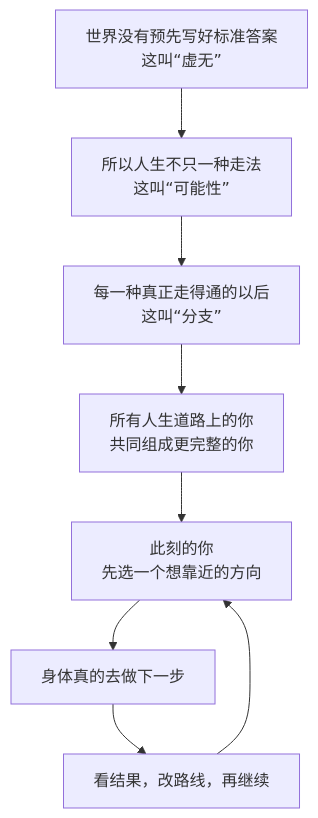
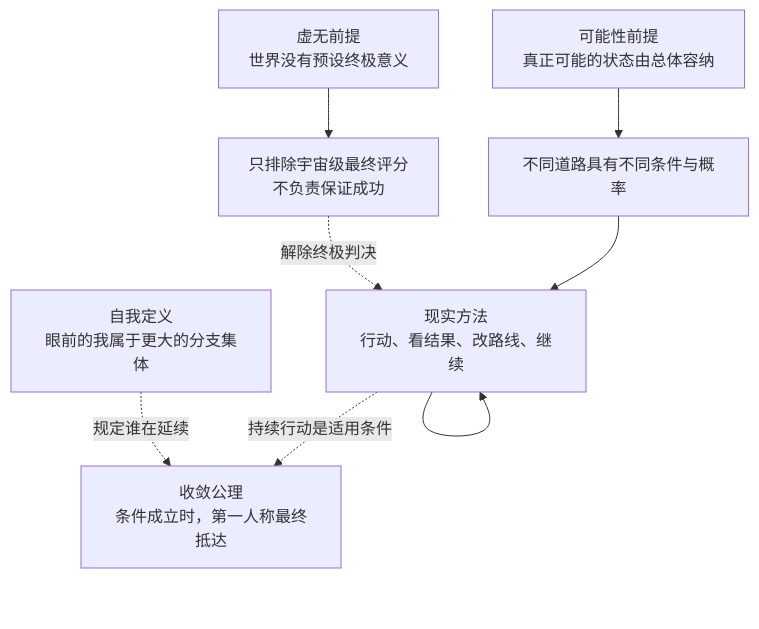
The diagram in README.md (touensan/touen-circle-of-possibility), drawn with Mermaid before and after one commit. The commit also changed other lines of this file and 2 other files, not shown here.

````diff
--- a/README.md
+++ b/README.md
@@ -188,18 +228,18 @@
 ```mermaid
 flowchart TB
-    V["世界没有预先写好标准答案<br/>这叫“虚无”"]
-    P["所以人生不只一种走法<br/>这叫“可能性”"]
-    R["每一种真正走得通的以后<br/>这叫“分支”"]
-    A["所有人生道路上的你<br/>共同组成更完整的你"]
-    N["此刻的你<br/>先选一个想靠近的方向"]
-    B["身体真的去做下一步"]
-    F["看结果，改路线，再继续"]
+    A["虚无前提<br/>世界没有预设终极意义"]
+    A1["只排除宇宙级最终评分<br/>不负责保证成功"]
+    B["可能性前提<br/>真正可能的状态由总体容纳"]
+    B1["不同道路具有不同条件与概率"]
+    C["自我定义<br/>眼前的我属于更大的分支集体"]
+    D["现实方法<br/>行动、看结果、改路线、继续"]
+    E["收敛公理<br/>条件成立时，第一人称最终抵达"]
 
-    V --> P
-    P --> R
-    R --> A
-    A --> N
-    N --> B
-    B --> F
-    F --> N
+    A --> A1
+    B --> B1
+    A1 -. "解除终极判决" .-> D
+    B1 --> D
+    D --> D
+    C -. "规定谁在延续" .-> E
+    D -. "持续行动是适用条件" .-> E
 ```
````
